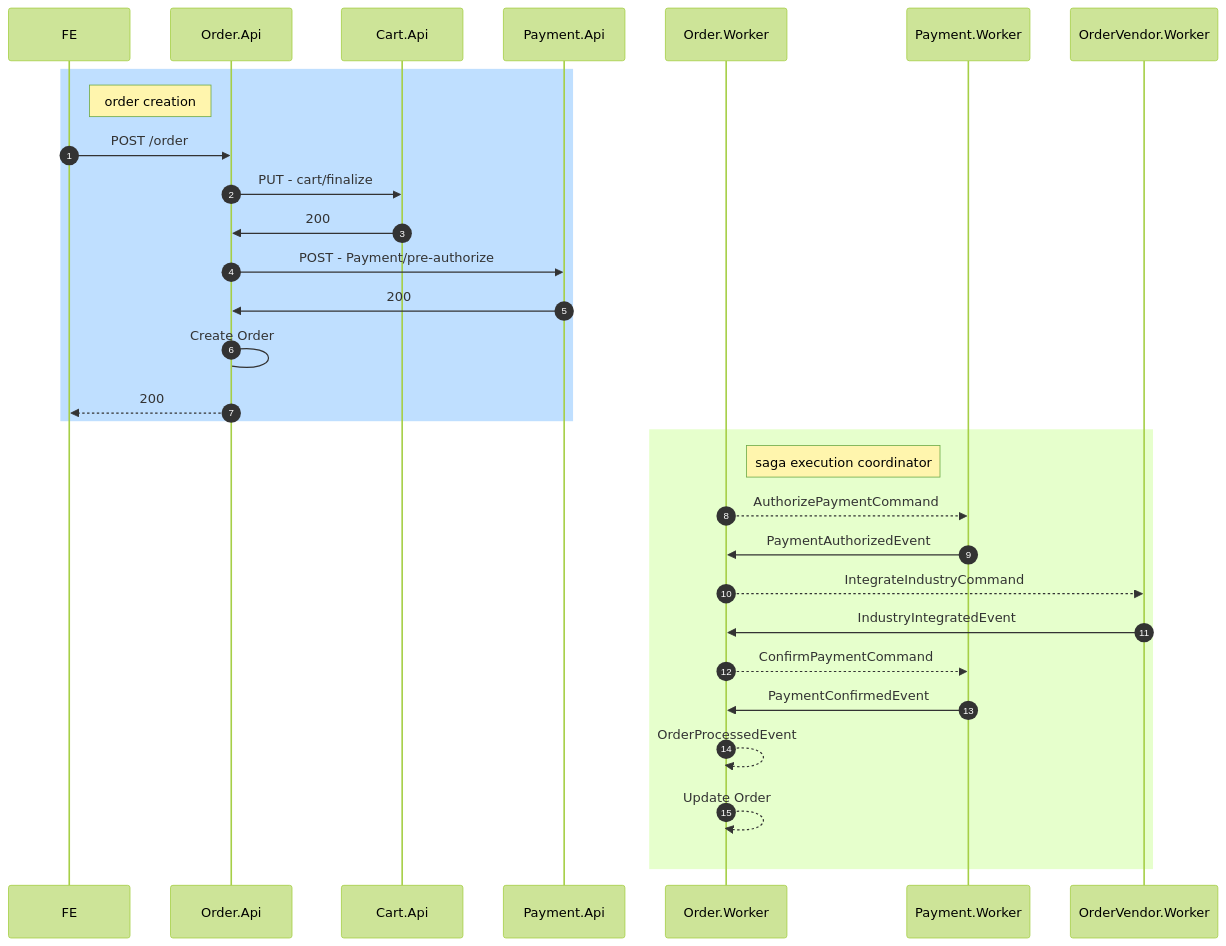
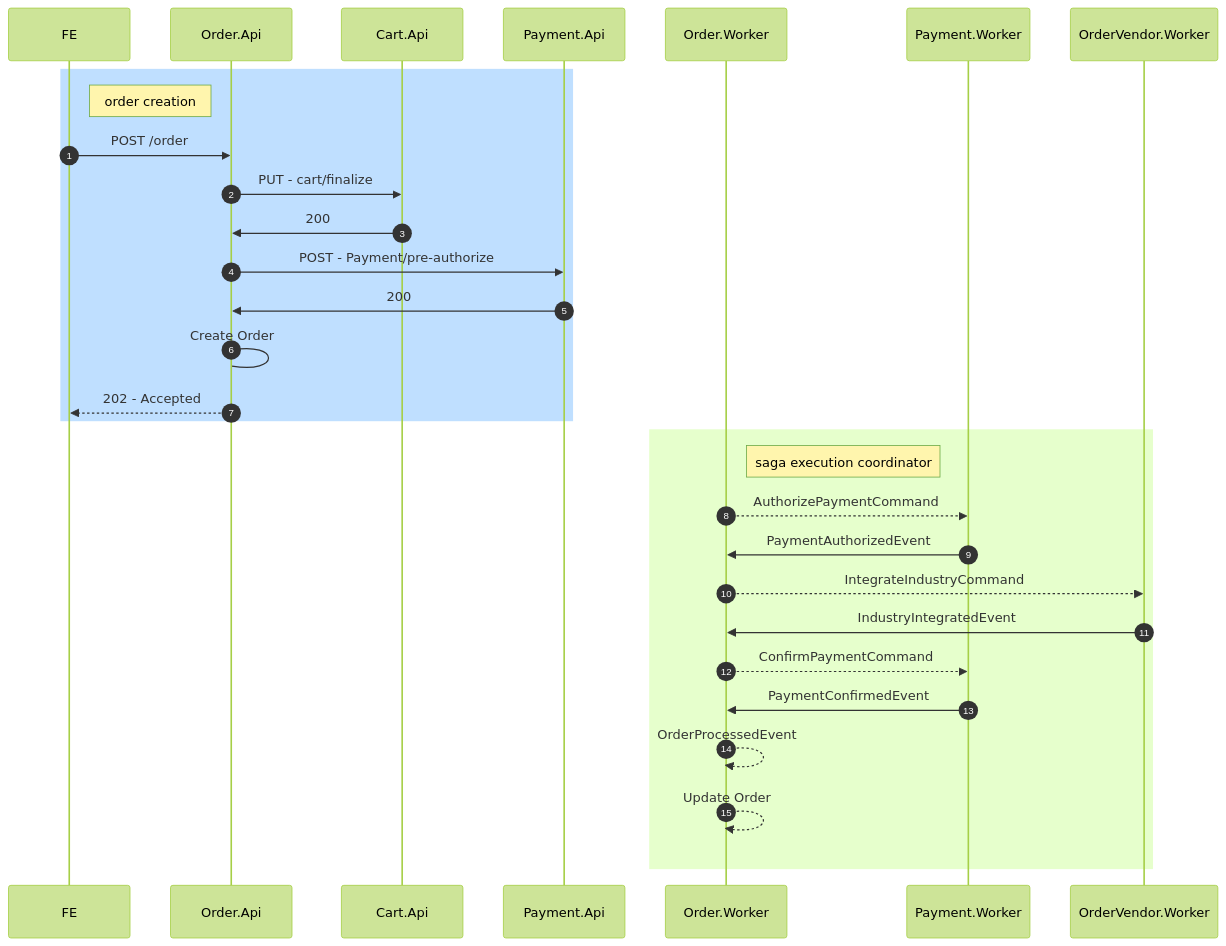
The first of 2 diagrams in README.md (isaacnborges/saga-example), drawn with Mermaid before and after one commit. The commit also changed other lines of this file, not shown here.

Commit message:
update saga workflow diagram

````diff
--- a/README.md
+++ b/README.md
@@ -45,37 +45,37 @@
 ```mermaid
 %%{init: {'theme':'forest'}}%%
 
 sequenceDiagram
 
   participant FE
   participant Order.Api
   participant Cart.Api
   participant Payment.Api
   participant Order.Worker
   participant Payment.Worker
   participant OrderVendor.Worker
   autonumber
   
   rect rgb(191, 223, 255)
     note right of FE: order creation
     FE->>Order.Api: POST /order
     Order.Api->>Cart.Api: PUT - cart/finalize
     Cart.Api->>Order.Api: 200
     Order.Api->>Payment.Api: POST - Payment/pre-authorize
     Payment.Api->>Order.Api: 200
     Order.Api->Order.Api: Create Order
-    Order.Api-->>FE: 200
+    Order.Api-->>FE: 202 - Accepted
   end
 
   rect rgb(230, 255, 204)
     note right of Order.Worker: saga execution coordinator
     Order.Worker-->>Payment.Worker: AuthorizePaymentCommand
     Payment.Worker->>Order.Worker: PaymentAuthorizedEvent
     Order.Worker-->>OrderVendor.Worker: IntegrateIndustryCommand
     OrderVendor.Worker->>Order.Worker: IndustryIntegratedEvent
     Order.Worker-->>Payment.Worker: ConfirmPaymentCommand
     Payment.Worker->>Order.Worker: PaymentConfirmedEvent
     Order.Worker-->>Order.Worker: OrderProcessedEvent
     Order.Worker-->>Order.Worker: Update Order
   end
 ```
````
